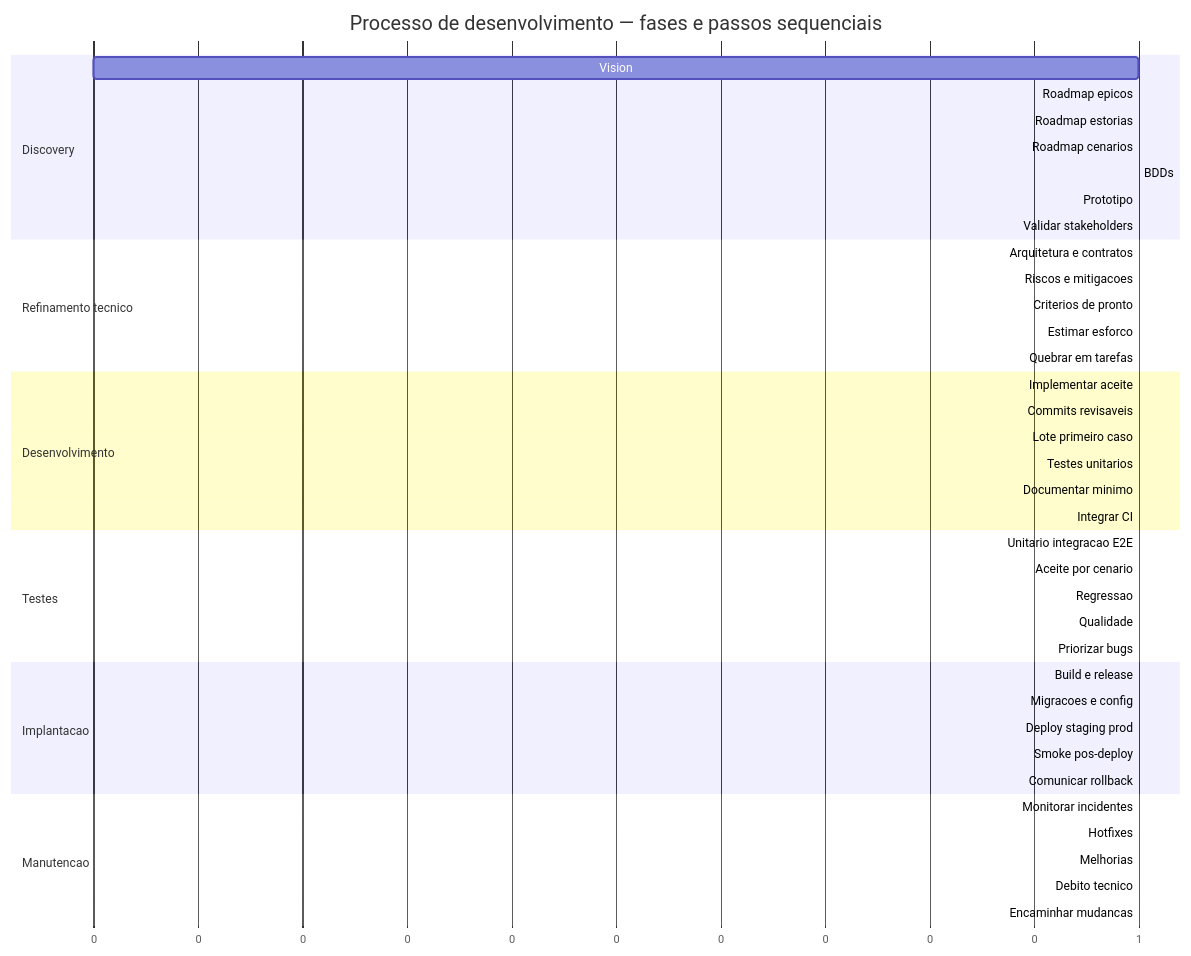
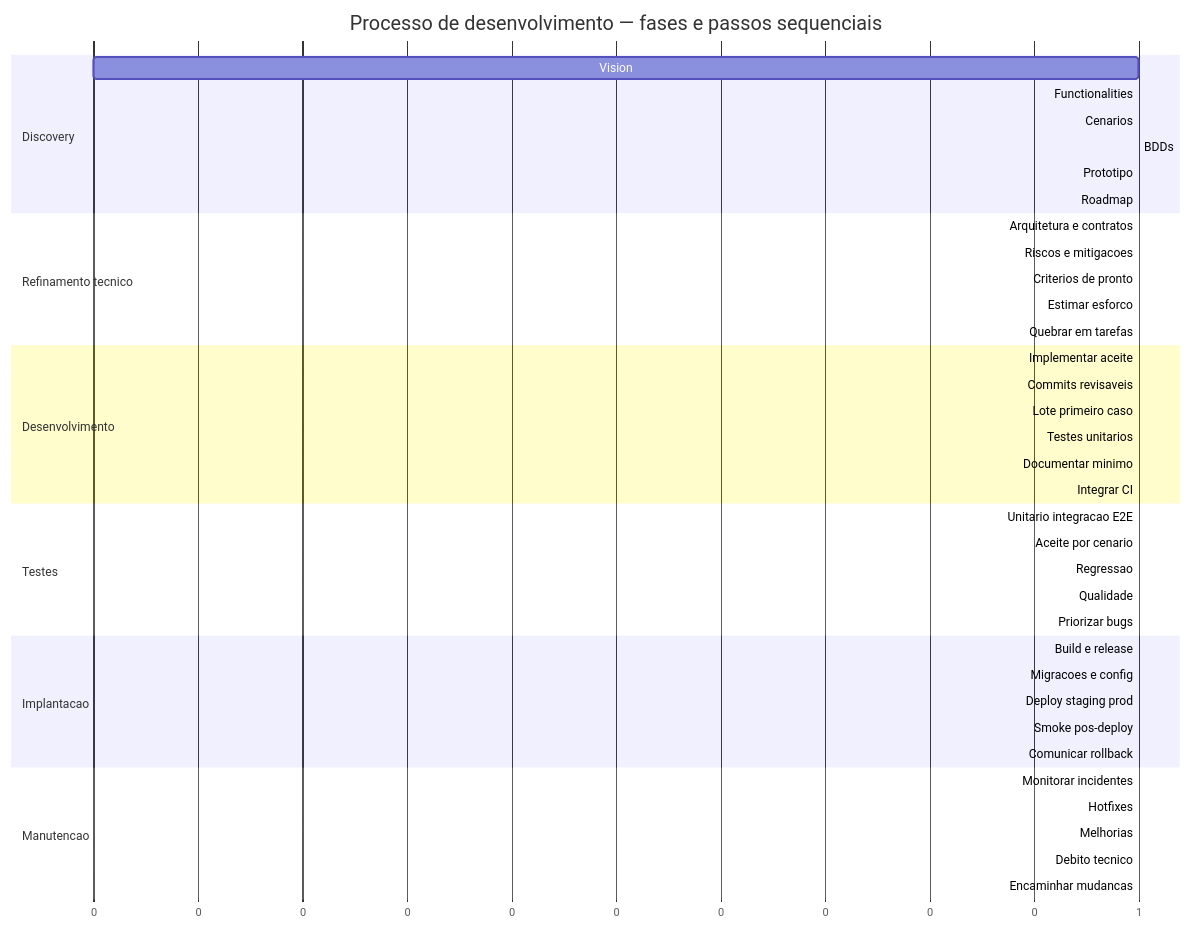
Before and after one commit to laerciogermano/workstation: the first of 2 diagrams in core/processo/README.md, drawn with Mermaid. The commit also changed other lines of this file and 7 other files, not shown here.

First line of the commit message:
Reordena o discovery: vision → functionalities → cenários → BDDs → protótipo → roadmap.

````diff
--- a/core/processo/README.md
+++ b/core/processo/README.md
@@ -77,51 +76,50 @@
 ```mermaid
 gantt
   title Processo de desenvolvimento — fases e passos sequenciais
   dateFormat X
   axisFormat %s
 
   section Discovery
   Vision                        :d1a, 0, 1
-  Roadmap epicos                :d1b, after d1a, 1
-  Roadmap estorias              :d1c, after d1b, 1
-  Roadmap cenarios              :d1d, after d1c, 1
-  BDDs                          :d1e, after d1d, 1
-  Prototipo                     :d1f, after d1e, 1
-  Validar stakeholders          :d1g, after d1f, 1
+  Functionalities               :d1b, after d1a, 1
+  Cenarios                      :d1c, after d1b, 1
+  BDDs                          :d1d, after d1c, 1
+  Prototipo                     :d1e, after d1d, 1
+  Roadmap                       :d1f, after d1e, 1
 
   section Refinamento tecnico
-  Arquitetura e contratos       :d2a, after d1g, 1
+  Arquitetura e contratos       :d2a, after d1f, 1
   Riscos e mitigacoes           :d2b, after d2a, 1
   Criterios de pronto           :d2c, after d2b, 1
   Estimar esforco               :d2d, after d2c, 1
   Quebrar em tarefas            :d2e, after d2d, 1
 
   section Desenvolvimento
   Implementar aceite            :d3a, after d2e, 1
   Commits revisaveis            :d3b, after d3a, 1
   Lote primeiro caso            :d3c, after d3b, 1
   Testes unitarios              :d3d, after d3c, 1
   Documentar minimo             :d3e, after d3d, 1
   Integrar CI                   :d3f, after d3e, 1
 
   section Testes
   Unitario integracao E2E       :d4a, after d3f, 1
   Aceite por cenario            :d4b, after d4a, 1
   Regressao                     :d4c, after d4b, 1
   Qualidade                     :d4d, after d4c, 1
   Priorizar bugs                :d4e, after d4d, 1
 
   section Implantacao
   Build e release               :d5a, after d4e, 1
   Migracoes e config            :d5b, after d5a, 1
   Deploy staging prod           :d5c, after d5b, 1
   Smoke pos-deploy              :d5d, after d5c, 1
   Comunicar rollback            :d5e, after d5d, 1
 
   section Manutencao
   Monitorar incidentes          :d6a, after d5e, 1
   Hotfixes                      :d6b, after d6a, 1
   Melhorias                     :d6c, after d6b, 1
   Debito tecnico                :d6d, after d6c, 1
   Encaminhar mudancas           :d6e, after d6d, 1
 ```
````
